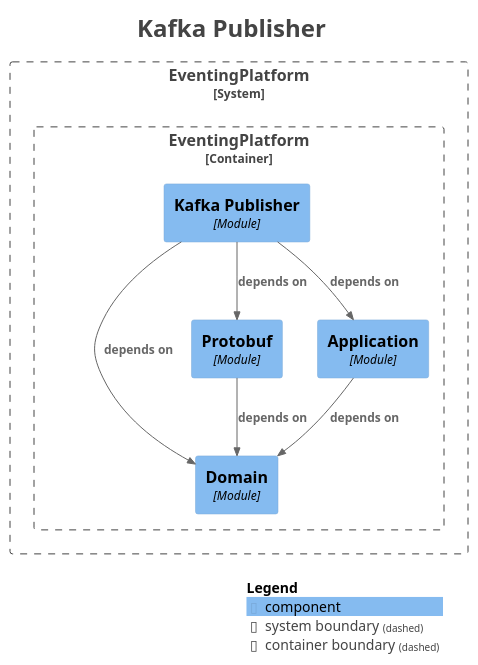
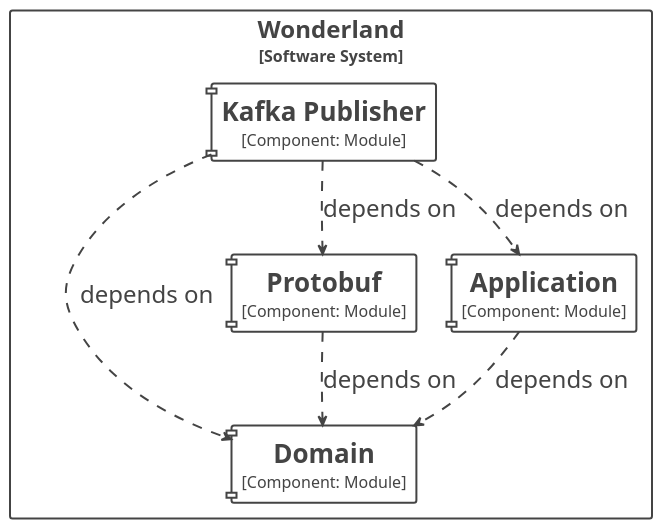
Before and after one commit to Mathmagicians/wonderland-eventing-playground: the diagram in docs/generated/architecture/plantuml/module-eventing.adapter.kafka.publisher.puml, drawn with PlantUML. The commit also changed 434 other files, not shown here.

```diff
--- a/docs/generated/architecture/plantuml/module-eventing.adapter.kafka.publisher.puml
+++ b/docs/generated/architecture/plantuml/module-eventing.adapter.kafka.publisher.puml
@@ -1,36 +1,62 @@
 @startuml
-title <size:24>Kafka Publisher</size>
 
 set separator none
 top to bottom direction
+hide stereotype
+
+skinparam {
+  componentStyle uml1
+}
 
 <style>
   root {
-    BackgroundColor: #ffffff
-    FontColor: #444444
+    BackgroundColor: #ffffff;
+    FontColor: #444444;
+  }
+  // Element,Component
+  .Element-RWxlbWVudCxDb21wb25lbnQ= {
+    BackgroundColor: #ffffff;
+    LineColor: #444444;
+    LineStyle: 0;
+    LineThickness: 2;
+    FontColor: #444444;
+    FontSize: 24;
+    HorizontalAlignment: center;
+    Shadowing: 0;
+    MaximumWidth: 450;
+  }
+  // Relationship
+  .Relationship-UmVsYXRpb25zaGlw {
+    LineThickness: 2;
+    LineStyle: 10-10;
+    LineColor: #444444;
+    FontColor: #444444;
+    FontSize: 24;
+  }
+  // Wonderland
+  .Boundary-V29uZGVybGFuZA== {
+    BackgroundColor: #ffffff;
+    LineColor: #444444;
+    LineStyle: 0;
+    LineThickness: 2;
+    FontColor: #444444;
+    FontSize: 24;
+    HorizontalAlignment: center;
+    Shadowing: 0;
   }
 </style>
 
-!include <C4/C4>
-!include <C4/C4_Context>
-!include <C4/C4_Component>
-
-System_Boundary("EventingPlatform_boundary", "EventingPlatform", $tags="") {
-  Container_Boundary("EventingPlatform.EventingPlatform_boundary", "EventingPlatform", $tags="") {
-    Component(EventingPlatform.EventingPlatform.KafkaPublisher, "Kafka Publisher", $techn="Module", $descr="", $tags="", $link="")
-    Component(EventingPlatform.EventingPlatform.Domain, "Domain", $techn="Module", $descr="", $tags="", $link="")
-    Component(EventingPlatform.EventingPlatform.Protobuf, "Protobuf", $techn="Module", $descr="", $tags="", $link="")
-    Component(EventingPlatform.EventingPlatform.Application, "Application", $techn="Module", $descr="", $tags="", $link="")
-  }
-
+rectangle "Wonderland\n<size:16>[Software System]</size>" <<Boundary-V29uZGVybGFuZA==>> {
+  component "==Kafka Publisher\n<size:16>[Component: Module]</size>" <<Element-RWxlbWVudCxDb21wb25lbnQ=>> as Wonderland.Wonderland.KafkaPublisher
+  component "==Domain\n<size:16>[Component: Module]</size>" <<Element-RWxlbWVudCxDb21wb25lbnQ=>> as Wonderland.Wonderland.Domain
+  component "==Protobuf\n<size:16>[Component: Module]</size>" <<Element-RWxlbWVudCxDb21wb25lbnQ=>> as Wonderland.Wonderland.Protobuf
+  component "==Application\n<size:16>[Component: Module]</size>" <<Element-RWxlbWVudCxDb21wb25lbnQ=>> as Wonderland.Wonderland.Application
 }
 
-Rel(EventingPlatform.EventingPlatform.KafkaPublisher, EventingPlatform.EventingPlatform.Domain, "depends on", $techn="", $tags="", $link="")
-Rel(EventingPlatform.EventingPlatform.KafkaPublisher, EventingPlatform.EventingPlatform.Protobuf, "depends on", $techn="", $tags="", $link="")
-Rel(EventingPlatform.EventingPlatform.KafkaPublisher, EventingPlatform.EventingPlatform.Application, "depends on", $techn="", $tags="", $link="")
-Rel(EventingPlatform.EventingPlatform.Protobuf, EventingPlatform.EventingPlatform.Domain, "depends on", $techn="", $tags="", $link="")
-Rel(EventingPlatform.EventingPlatform.Application, EventingPlatform.EventingPlatform.Domain, "depends on", $techn="", $tags="", $link="")
+Wonderland.Wonderland.Application --> Wonderland.Wonderland.Domain <<Relationship-UmVsYXRpb25zaGlw>> : "depends on"
+Wonderland.Wonderland.KafkaPublisher --> Wonderland.Wonderland.Domain <<Relationship-UmVsYXRpb25zaGlw>> : "depends on"
+Wonderland.Wonderland.KafkaPublisher --> Wonderland.Wonderland.Protobuf <<Relationship-UmVsYXRpb25zaGlw>> : "depends on"
+Wonderland.Wonderland.KafkaPublisher --> Wonderland.Wonderland.Application <<Relationship-UmVsYXRpb25zaGlw>> : "depends on"
+Wonderland.Wonderland.Protobuf --> Wonderland.Wonderland.Domain <<Relationship-UmVsYXRpb25zaGlw>> : "depends on"
 
-SHOW_LEGEND(true)
-hide stereotypes
 @enduml
```
